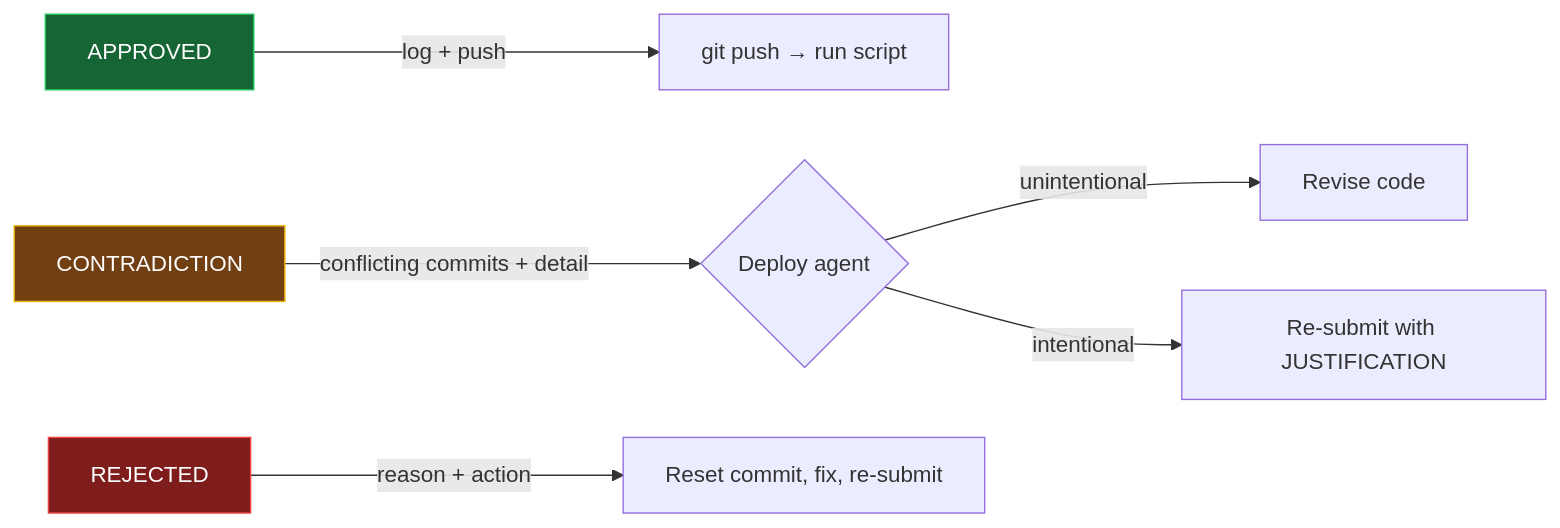
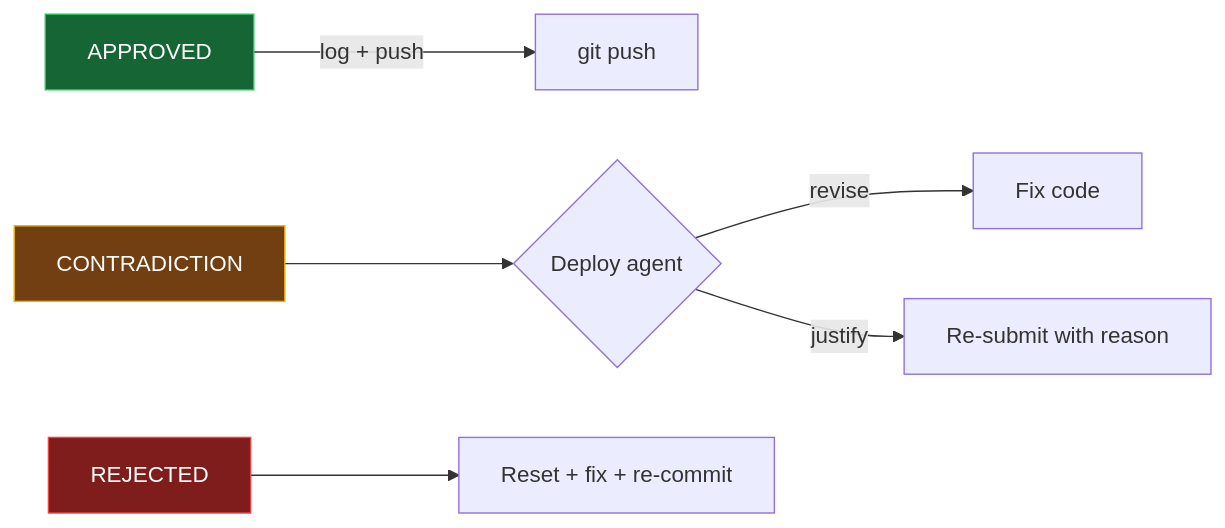
Before and after one commit to AbhishekBandarupalle/claude-skills: the third of 3 diagrams in README.md, drawn with Mermaid. The commit also changed other lines of this file and 10 other files, not shown here.

First line of the commit message:
Optimize agent tokens: merge learn+suggest, split deploy, add /sylva dispatcher

````diff
--- a/README.md
+++ b/README.md
@@ -184,12 +196,12 @@
 ```mermaid
 flowchart LR
-    A[APPROVED]:::approved -->|log + push| Push[git push → run script]
-    C[CONTRADICTION]:::contradiction -->|conflicting commits + detail| Choose{Deploy agent}
-    Choose -->|unintentional| Revise[Revise code]
-    Choose -->|intentional| Justify[Re-submit with JUSTIFICATION]
-    R[REJECTED]:::rejected -->|reason + action| Fix[Reset commit, fix, re-submit]
+    A[APPROVED]:::approved -->|log + push| Push[git push]
+    C[CONTRADICTION]:::contradiction --> Choose{Deploy agent}
+    Choose -->|revise| Revise[Fix code]
+    Choose -->|justify| Justify[Re-submit with reason]
+    R[REJECTED]:::rejected --> Fix[Reset + fix + re-commit]
 
     classDef approved fill:#166534,color:#fff,stroke:#22c55e
     classDef contradiction fill:#713f12,color:#fff,stroke:#eab308
     classDef rejected fill:#7f1d1d,color:#fff,stroke:#ef4444
 ```
````
